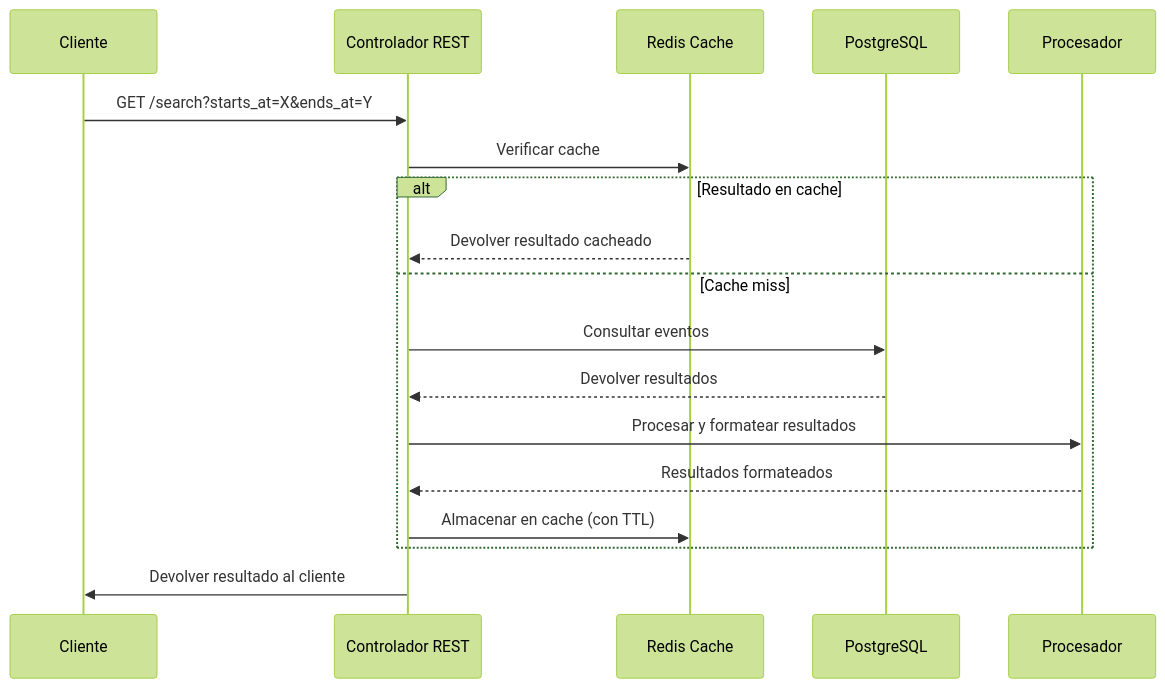
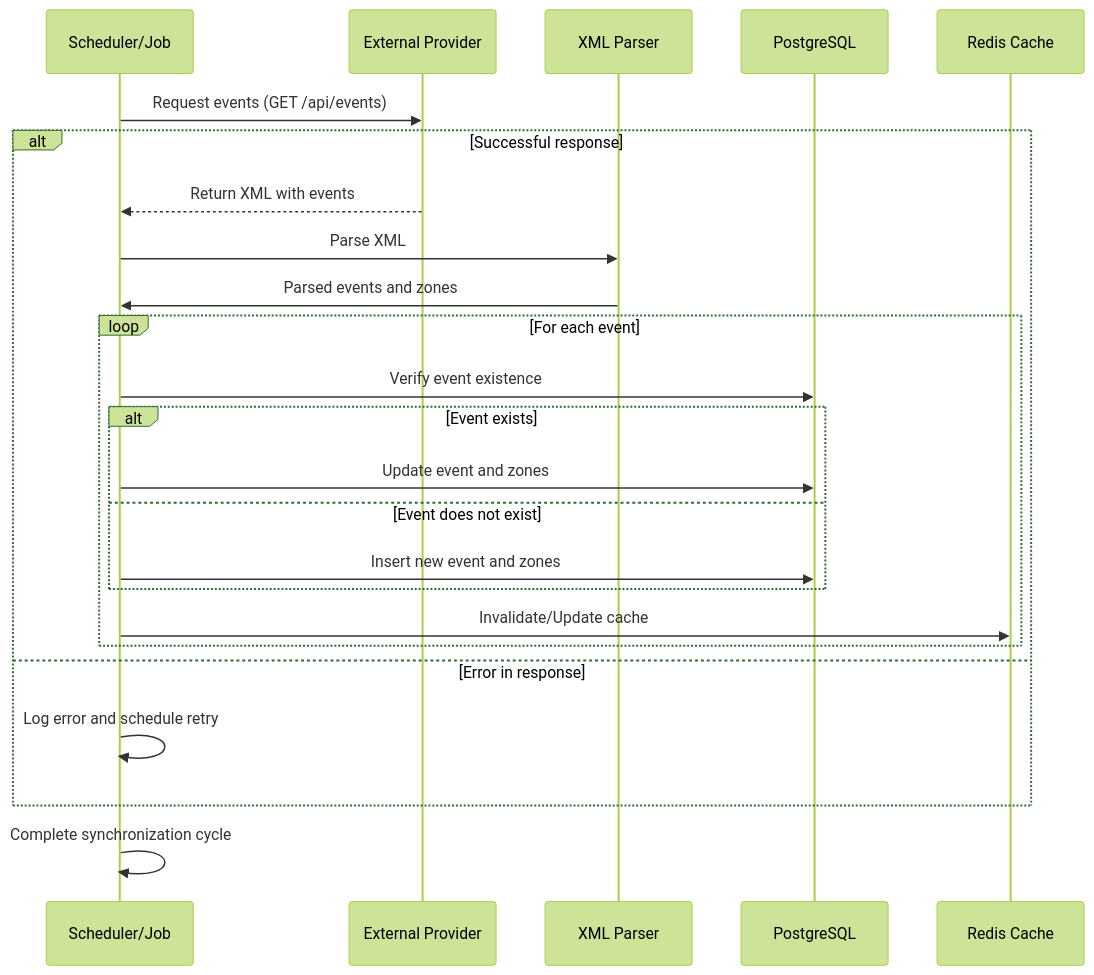
One commit to alexsanchez272/events-redis-example changed the first of 2 diagrams in README.md. Above: the diagram before and after it, drawn with Mermaid (forest theme). The commit also changed other lines of this file and 1 other file, not shown here.

````diff
--- a/README.md
+++ b/README.md
@@ -173,21 +195,27 @@
 ```mermaid
 sequenceDiagram
-    participant C as Cliente
-    participant R as Controlador REST
-    participant RC as Redis Cache
-    participant PG as PostgreSQL
-    participant P as Procesador
+   participant S as Scheduler/Job
+   participant P as External Provider
+   participant X as XML Parser
+   participant DB as PostgreSQL
+   participant RC as Redis Cache
 
-    C->>R: GET /search?starts_at=X&ends_at=Y
-    R->>RC: Verificar cache
-    alt Resultado en cache
-        RC-->>R: Devolver resultado cacheado
-    else Cache miss
-        R->>PG: Consultar eventos
-        PG-->>R: Devolver resultados
-        R->>P: Procesar y formatear resultados
-        P-->>R: Resultados formateados
-        R->>RC: Almacenar en cache (con TTL)
-    end
-    R->>C: Devolver resultado al cliente
+   S->>P: Request events (GET /api/events)
+   alt Successful response
+      P-->>S: Return XML with events
+      S->>X: Parse XML
+      X->>S: Parsed events and zones
+      loop For each event
+         S->>DB: Verify event existence
+         alt Event exists
+            S->>DB: Update event and zones
+         else Event does not exist
+            S->>DB: Insert new event and zones
+         end
+         S->>RC: Invalidate/Update cache
+      end
+   else Error in response
+      S->>S: Log error and schedule retry
+   end
+   S->>S: Complete synchronization cycle
 ```
````
